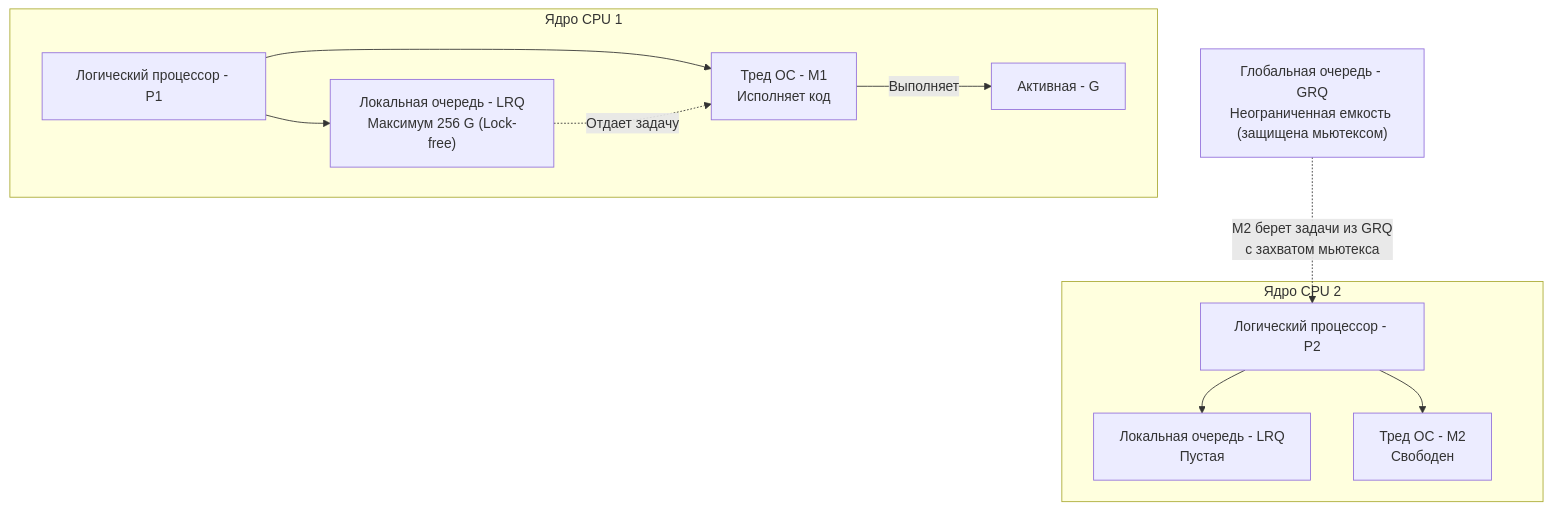
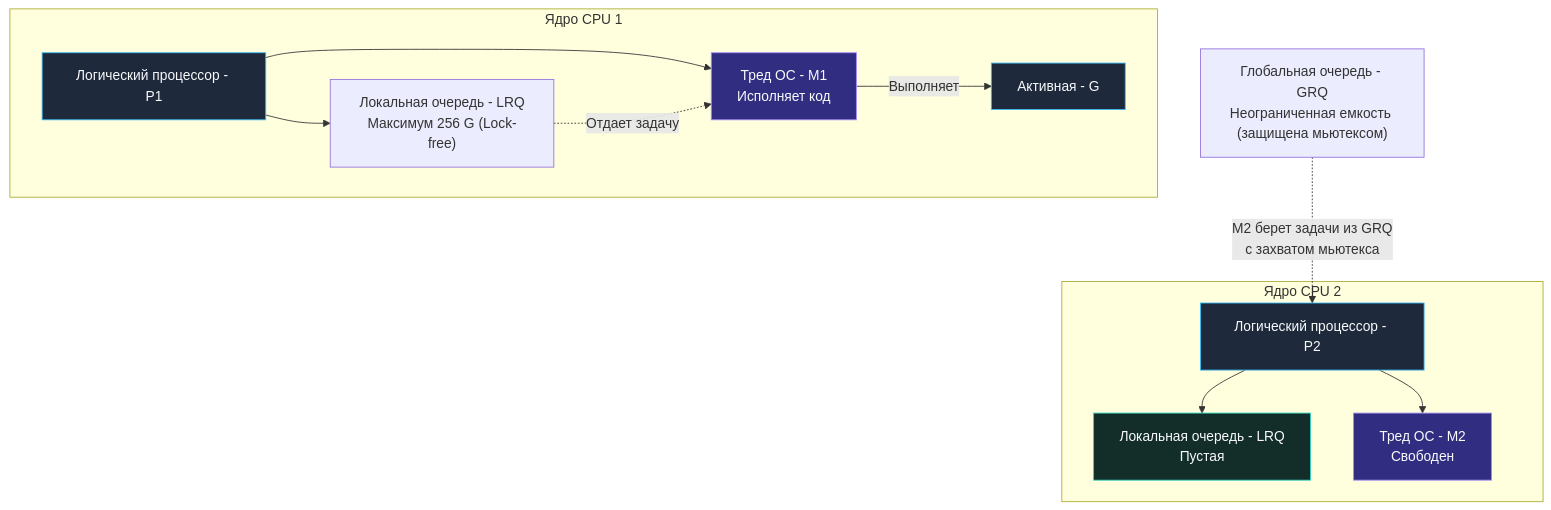
The second of 4 diagrams in sources/5. Учебник по Go (Основы и синтаксис)/35. Scheduler Go. G, M, P и work stealing.md (UnrealTemplier/go-textbook), drawn with Mermaid before and after one commit. The commit also changed other lines of this file and 1666 other files, not shown here.

First line of the commit message:
feat(mermaid): add semantic color classDef to 1369 colorless flowchart/graph diagrams

````diff
--- a/sources/5. Учебник по Go (Основы и синтаксис)/35. Scheduler Go. G, M, P и work stealing.md
+++ b/sources/5. Учебник по Go (Основы и синтаксис)/35. Scheduler Go. G, M, P и work stealing.md
@@ -55,27 +65,37 @@
 ```mermaid
 flowchart TD
+    classDef process  fill:#1e293b,stroke:#38bdf8,stroke-width:1px,color:#f8fafc
+    classDef success  fill:#064e3b,stroke:#34d399,stroke-width:1px,color:#f8fafc
+    classDef error    fill:#7f1d1d,stroke:#f87171,stroke-width:1px,color:#f8fafc
+    classDef warning  fill:#78350f,stroke:#fbbf24,stroke-width:1px,color:#f8fafc
+    classDef entry    fill:#1e3a5f,stroke:#38bdf8,stroke-width:2px,color:#f8fafc
+    classDef aux      fill:#334155,stroke:#64748b,stroke-width:1px,color:#f8fafc
+    classDef system   fill:#312e81,stroke:#a78bfa,stroke-width:1px,color:#f8fafc
+    classDef data     fill:#132d29,stroke:#2dd4bf,stroke-width:1px,color:#f8fafc
+    classDef network  fill:#881337,stroke:#fb7185,stroke-width:1px,color:#f8fafc
+    classDef accent   fill:#1e1b4b,stroke:#818cf8,stroke-width:1px,color:#f8fafc
     GRQ["Глобальная очередь - GRQ<br>Неограниченная емкость (защищена мьютексом)"]
     
     subgraph Core1 ["Ядро CPU 1"]
-        P1["Логический процессор - P1"]
+        P1["Логический процессор - P1"]:::process
         LRQ1["Локальная очередь - LRQ<br>Максимум 256 G (Lock-free)"]
-        M1["Тред ОС - M1<br>Исполняет код"]
-        G1["Активная - G"]
+        M1["Тред ОС - M1<br>Исполняет код"]:::system
+        G1["Активная - G"]:::process
         
         P1 --> LRQ1
         P1 --> M1
         M1 -->|"Выполняет"| G1
         LRQ1 -.->|"Отдает задачу"| M1
     end
 
     subgraph Core2 ["Ядро CPU 2"]
-        P2["Логический процессор - P2"]
-        LRQ2["Локальная очередь - LRQ<br>Пустая"]
-        M2["Тред ОС - M2<br>Свободен"]
+        P2["Логический процессор - P2"]:::process
+        LRQ2["Локальная очередь - LRQ<br>Пустая"]:::data
+        M2["Тред ОС - M2<br>Свободен"]:::system
         
         P2 --> LRQ2
         P2 --> M2
     end
 
     GRQ -.->|"M2 берет задачи из GRQ<br>с захватом мьютекса"| P2
 ```
````
